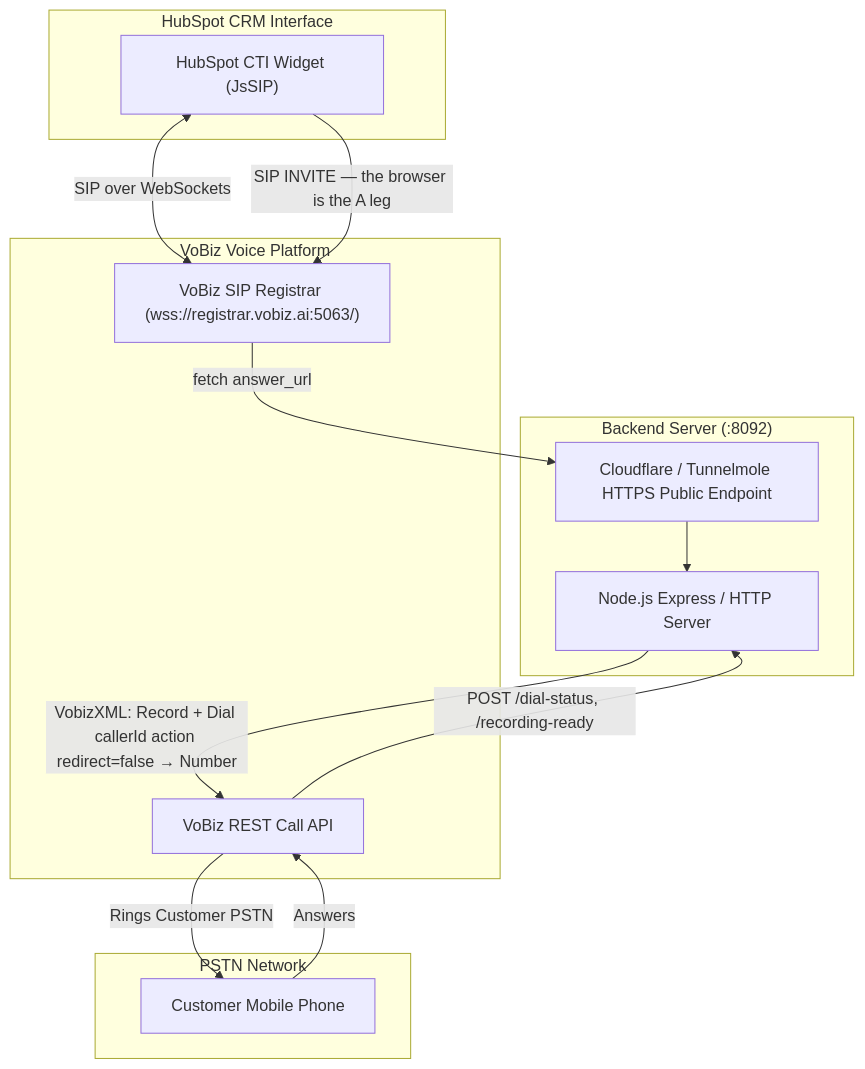
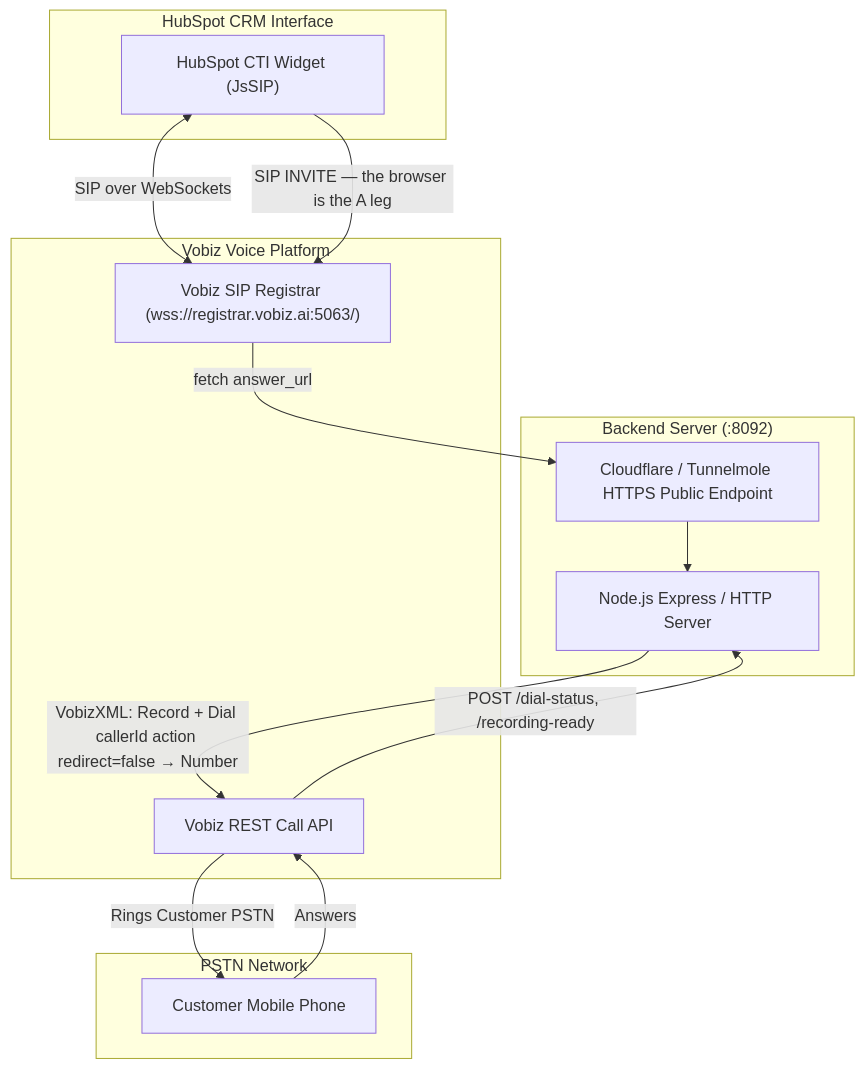
The diagram in docs/ARCHITECTURE.md (vobiz-ai/Vobiz-HubSpot-Calling), drawn with Mermaid before and after one commit. The commit also changed other lines of this file and 7 other files, not shown here.

````diff
--- a/docs/ARCHITECTURE.md
+++ b/docs/ARCHITECTURE.md
@@ -9,29 +9,29 @@
 ```mermaid
 flowchart TD
     subgraph Browser["HubSpot CRM Interface"]
         Widget["HubSpot CTI Widget (JsSIP)"]
     end
 
     subgraph Middleware["Backend Server (:8092)"]
         Server["Node.js Express / HTTP Server"]
         Tunnel["Cloudflare / Tunnelmole HTTPS Public Endpoint"]
     end
 
-    subgraph VoBizCloud["VoBiz Voice Platform"]
-        API["VoBiz REST Call API"]
-        Registrar["VoBiz SIP Registrar (wss://registrar.vobiz.ai:5063/)"]
+    subgraph VobizCloud["Vobiz Voice Platform"]
+        API["Vobiz REST Call API"]
+        Registrar["Vobiz SIP Registrar (wss://registrar.vobiz.ai:5063/)"]
     end
 
     subgraph CustomerCarrier["PSTN Network"]
         Phone["Customer Mobile Phone"]
     end
 
     Widget <-->|"SIP over WebSockets"| Registrar
     Widget -->|"SIP INVITE — the browser is the A leg"| Registrar
     Registrar -->|"fetch answer_url"| Tunnel
     Tunnel --> Server
     Server --"VobizXML: Record + Dial callerId action redirect=false → Number"--> API
     API -->|"Rings Customer PSTN"| Phone
     Phone -->|"Answers"| API
     API -->|"POST /dial-status, /recording-ready"| Server
 ```
````
